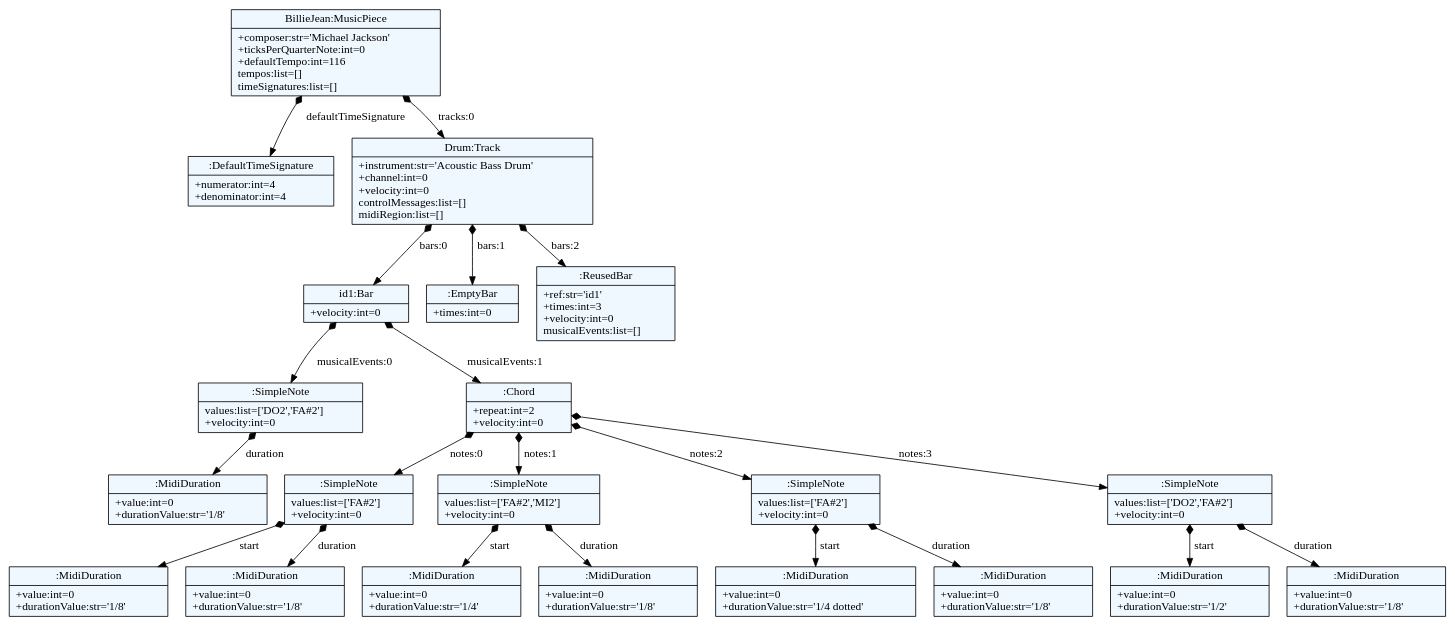
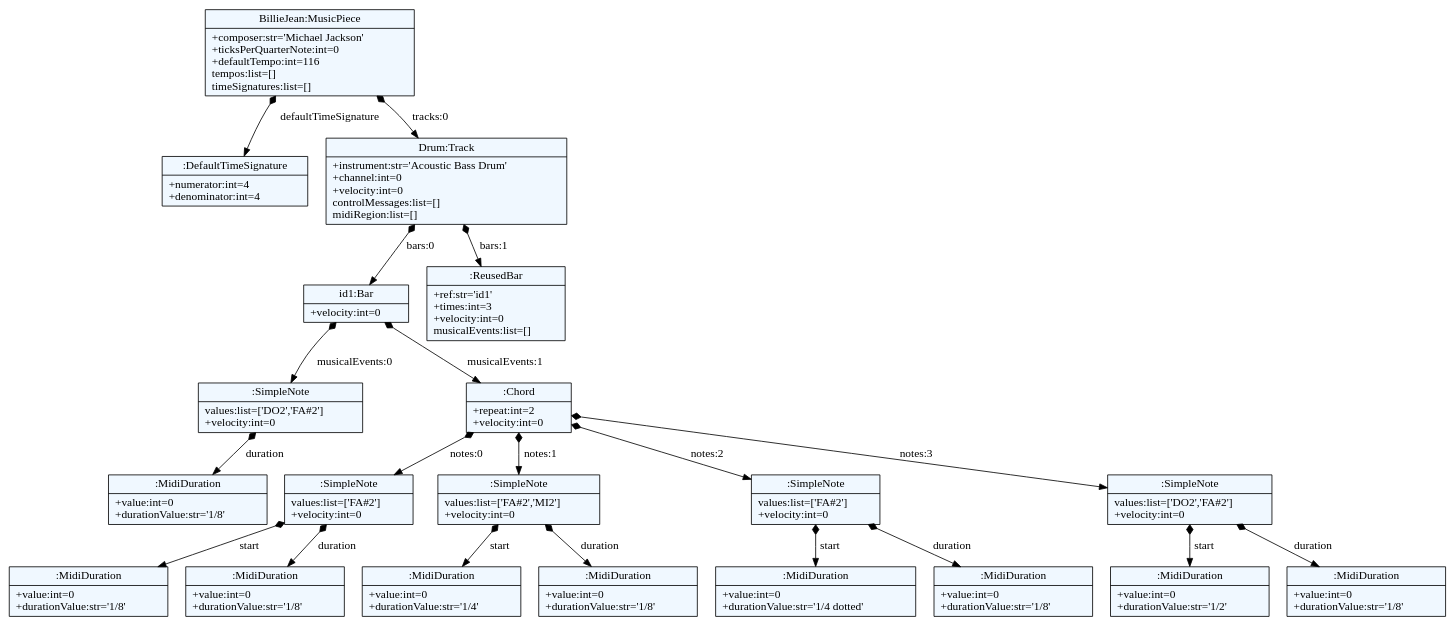
Before and after one commit to ImeneYAHIAOUI/MusicML: the diagram in MusicMl/diagram/BillieJeanDrum.dot, drawn with Graphviz. The commit also changed 6 other files, not shown here.

```diff
--- a/MusicMl/diagram/BillieJeanDrum.dot
+++ b/MusicMl/diagram/BillieJeanDrum.dot
@@ -1,56 +1,54 @@
 
     digraph textX {
     fontname = "Bitstream Vera Sans"
     fontsize = 8
     node[
         shape=record,
         style=filled,
         fillcolor=aliceblue
     ]
     nodesep = 0.3
     edge[dir=black,arrowtail=empty]
 
 
-2462219564944 -> 2462219563344 [label="defaultTimeSignature" arrowtail=diamond dir=both]
-2462219563344[label="{:DefaultTimeSignature|+numerator:int=4\l+denominator:int=4\l}"]
-2462219564944 -> 2462219596176 [label="tracks:0" arrowtail=diamond dir=both]
-2462219596176 -> 2462219540752 [label="bars:0" arrowtail=diamond dir=both]
-2462219540752 -> 2462218356880 [label="musicalEvents:0" arrowtail=diamond dir=both]
-2462218356880 -> 2462219549072 [label="duration" arrowtail=diamond dir=both]
-2462219549072[label="{:MidiDuration|+value:int=0\l+durationValue:str='1/8'\l}"]
-2462218356880[label="{:SimpleNote|values:list=['DO2','FA#2']\l+velocity:int=0\l}"]
-2462219540752 -> 2462219545872 [label="musicalEvents:1" arrowtail=diamond dir=both]
-2462219545872 -> 2462219533712 [label="notes:0" arrowtail=diamond dir=both]
-2462219533712 -> 2462219530000 [label="start" arrowtail=diamond dir=both]
-2462219530000[label="{:MidiDuration|+value:int=0\l+durationValue:str='1/8'\l}"]
-2462219533712 -> 2462219527952 [label="duration" arrowtail=diamond dir=both]
-2462219527952[label="{:MidiDuration|+value:int=0\l+durationValue:str='1/8'\l}"]
-2462219533712[label="{:SimpleNote|values:list=['FA#2']\l+velocity:int=0\l}"]
-2462219545872 -> 2462219524816 [label="notes:1" arrowtail=diamond dir=both]
-2462219524816 -> 2462219524432 [label="start" arrowtail=diamond dir=both]
-2462219524432[label="{:MidiDuration|+value:int=0\l+durationValue:str='1/4'\l}"]
-2462219524816 -> 2462219521552 [label="duration" arrowtail=diamond dir=both]
-2462219521552[label="{:MidiDuration|+value:int=0\l+durationValue:str='1/8'\l}"]
-2462219524816[label="{:SimpleNote|values:list=['FA#2','MI2']\l+velocity:int=0\l}"]
-2462219545872 -> 2462219518544 [label="notes:2" arrowtail=diamond dir=both]
-2462219518544 -> 2462219425040 [label="start" arrowtail=diamond dir=both]
-2462219425040[label="{:MidiDuration|+value:int=0\l+durationValue:str='1/4 dotted'\l}"]
-2462219518544 -> 2462219429008 [label="duration" arrowtail=diamond dir=both]
-2462219429008[label="{:MidiDuration|+value:int=0\l+durationValue:str='1/8'\l}"]
-2462219518544[label="{:SimpleNote|values:list=['FA#2']\l+velocity:int=0\l}"]
-2462219545872 -> 2462219424400 [label="notes:3" arrowtail=diamond dir=both]
-2462219424400 -> 2462219432400 [label="start" arrowtail=diamond dir=both]
-2462219432400[label="{:MidiDuration|+value:int=0\l+durationValue:str='1/2'\l}"]
-2462219424400 -> 2462219425616 [label="duration" arrowtail=diamond dir=both]
-2462219425616[label="{:MidiDuration|+value:int=0\l+durationValue:str='1/8'\l}"]
-2462219424400[label="{:SimpleNote|values:list=['DO2','FA#2']\l+velocity:int=0\l}"]
-2462219545872[label="{:Chord|+repeat:int=2\l+velocity:int=0\l}"]
-2462219540752[label="{id1:Bar|+velocity:int=0\l}"]
-2462219596176 -> 2462219587984 [label="bars:1" arrowtail=diamond dir=both]
-2462219587984[label="{:EmptyBar|+times:int=0\l}"]
-2462219596176 -> 2462219537168 [label="bars:2" arrowtail=diamond dir=both]
-2462219537168[label="{:ReusedBar|+ref:str='id1'\l+times:int=3\l+velocity:int=0\lmusicalEvents:list=[]\l}"]
-2462219596176[label="{Drum:Track|+instrument:str='Acoustic Bass Drum'\l+channel:int=0\l+velocity:int=0\lcontrolMessages:list=[]\lmidiRegion:list=[]\l}"]
-2462219564944[label="{BillieJean:MusicPiece|+composer:str='Michael Jackson'\l+ticksPerQuarterNote:int=0\l+defaultTempo:int=116\ltempos:list=[]\ltimeSignatures:list=[]\l}"]
+2043646848272 -> 2043646857744 [label="defaultTimeSignature" arrowtail=diamond dir=both]
+2043646857744[label="{:DefaultTimeSignature|+numerator:int=4\l+denominator:int=4\l}"]
+2043646848272 -> 2043647224976 [label="tracks:0" arrowtail=diamond dir=both]
+2043647224976 -> 2043646858512 [label="bars:0" arrowtail=diamond dir=both]
+2043646858512 -> 2043647228560 [label="musicalEvents:0" arrowtail=diamond dir=both]
+2043647228560 -> 2043646858704 [label="duration" arrowtail=diamond dir=both]
+2043646858704[label="{:MidiDuration|+value:int=0\l+durationValue:str='1/8'\l}"]
+2043647228560[label="{:SimpleNote|values:list=['DO2','FA#2']\l+velocity:int=0\l}"]
+2043646858512 -> 2043647229392 [label="musicalEvents:1" arrowtail=diamond dir=both]
+2043647229392 -> 2043647229264 [label="notes:0" arrowtail=diamond dir=both]
+2043647229264 -> 2043647229136 [label="start" arrowtail=diamond dir=both]
+2043647229136[label="{:MidiDuration|+value:int=0\l+durationValue:str='1/8'\l}"]
+2043647229264 -> 2043647228944 [label="duration" arrowtail=diamond dir=both]
+2043647228944[label="{:MidiDuration|+value:int=0\l+durationValue:str='1/8'\l}"]
+2043647229264[label="{:SimpleNote|values:list=['FA#2']\l+velocity:int=0\l}"]
+2043647229392 -> 2043647226192 [label="notes:1" arrowtail=diamond dir=both]
+2043647226192 -> 2043647226576 [label="start" arrowtail=diamond dir=both]
+2043647226576[label="{:MidiDuration|+value:int=0\l+durationValue:str='1/4'\l}"]
+2043647226192 -> 2043647227024 [label="duration" arrowtail=diamond dir=both]
+2043647227024[label="{:MidiDuration|+value:int=0\l+durationValue:str='1/8'\l}"]
+2043647226192[label="{:SimpleNote|values:list=['FA#2','MI2']\l+velocity:int=0\l}"]
+2043647229392 -> 2043647227152 [label="notes:2" arrowtail=diamond dir=both]
+2043647227152 -> 2043647227280 [label="start" arrowtail=diamond dir=both]
+2043647227280[label="{:MidiDuration|+value:int=0\l+durationValue:str='1/4 dotted'\l}"]
+2043647227152 -> 2043647227344 [label="duration" arrowtail=diamond dir=both]
+2043647227344[label="{:MidiDuration|+value:int=0\l+durationValue:str='1/8'\l}"]
+2043647227152[label="{:SimpleNote|values:list=['FA#2']\l+velocity:int=0\l}"]
+2043647229392 -> 2043647226128 [label="notes:3" arrowtail=diamond dir=both]
+2043647226128 -> 2043647226000 [label="start" arrowtail=diamond dir=both]
+2043647226000[label="{:MidiDuration|+value:int=0\l+durationValue:str='1/2'\l}"]
+2043647226128 -> 2043647225680 [label="duration" arrowtail=diamond dir=both]
+2043647225680[label="{:MidiDuration|+value:int=0\l+durationValue:str='1/8'\l}"]
+2043647226128[label="{:SimpleNote|values:list=['DO2','FA#2']\l+velocity:int=0\l}"]
+2043647229392[label="{:Chord|+repeat:int=2\l+velocity:int=0\l}"]
+2043646858512[label="{id1:Bar|+velocity:int=0\l}"]
+2043647224976 -> 2043647228176 [label="bars:1" arrowtail=diamond dir=both]
+2043647228176[label="{:ReusedBar|+ref:str='id1'\l+times:int=3\l+velocity:int=0\lmusicalEvents:list=[]\l}"]
+2043647224976[label="{Drum:Track|+instrument:str='Acoustic Bass Drum'\l+channel:int=0\l+velocity:int=0\lcontrolMessages:list=[]\lmidiRegion:list=[]\l}"]
+2043646848272[label="{BillieJean:MusicPiece|+composer:str='Michael Jackson'\l+ticksPerQuarterNote:int=0\l+defaultTempo:int=116\ltempos:list=[]\ltimeSignatures:list=[]\l}"]
 
 }
```
